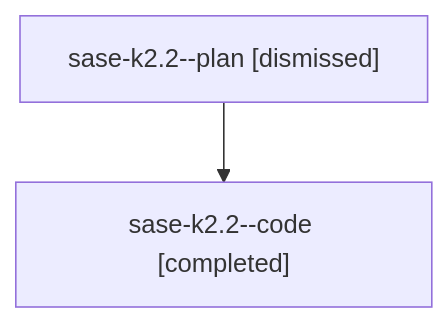
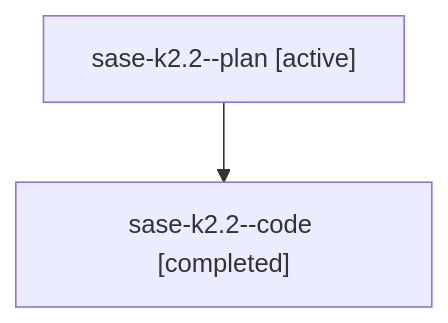
The diagram in families/bbugyi200.athena.sase-k2.2.md (sase-org/sase--agents), drawn with Mermaid before and after one commit. The commit also changed other lines of this file and 35830 other files, not shown here.

````diff
--- a/families/bbugyi200.athena.sase-k2.2.md
+++ b/families/bbugyi200.athena.sase-k2.2.md
@@ -9,6 +9,6 @@
 ```mermaid
 flowchart TD
-  n0["sase-k2.2--plan [dismissed]"]
+  n0["sase-k2.2--plan [active]"]
   n1["sase-k2.2--code [completed]"]
   n0 --> n1
 ```
````
